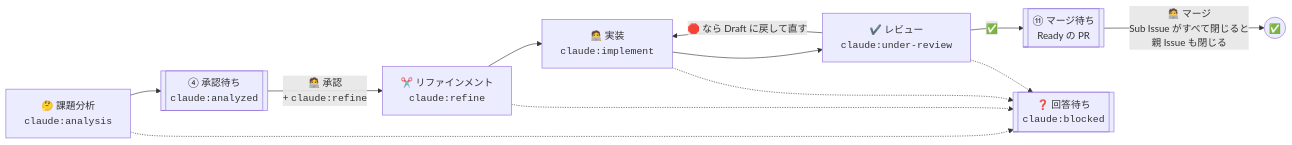
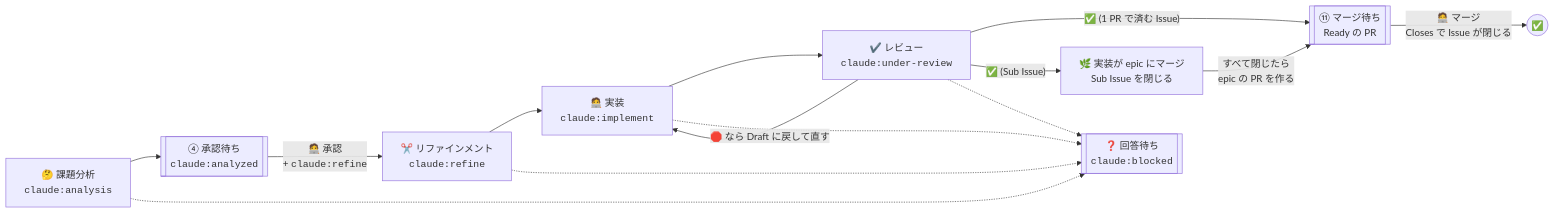
Before and after one commit to theindiehacker/fastship-plugin: the third of 4 diagrams in README.md, drawn with Mermaid. The commit also changed other lines of this file and 10 other files, not shown here.

First line of the commit message:
Sub Issue の PR を epic ブランチにまとめ、成功指標を要件に置き換える

````diff
--- a/README.md
+++ b/README.md
@@ -168,10 +178,12 @@
 ```mermaid
 flowchart LR
     analysis["🤔 課題分析<br/><code>claude:analysis</code>"] --> analyzed[["④ 承認待ち<br/><code>claude:analyzed</code>"]]
     analyzed -->|🧑‍💻 承認<br/>+ <code>claude:refine</code>| refine["✂️ リファインメント<br/><code>claude:refine</code>"]
     refine --> implement["🧑‍💻 実装<br/><code>claude:implement</code>"] --> review["✔️ レビュー<br/><code>claude:under-review</code>"]
-    review -->|✅| merge[["⑪ マージ待ち<br/>Ready の PR"]]
+    review -->|"✅ (1 PR で済む Issue)"| merge[["⑪ マージ待ち<br/>Ready の PR"]]
+    review -->|"✅ (Sub Issue)"| epic["🌿 実装が epic にマージ<br/>Sub Issue を閉じる"]
+    epic -->|"すべて閉じたら<br/>epic の PR を作る"| merge
     review -->|🛑 なら Draft に戻して直す| implement
-    merge -->|🧑‍💻 マージ<br/>Sub Issue がすべて閉じると<br/>親 Issue も閉じる| done(("✅"))
+    merge -->|"🧑‍💻 マージ<br/>Closes で Issue が閉じる"| done(("✅"))
     analysis & refine & implement & review -.-> blocked[["❓ 回答待ち<br/><code>claude:blocked</code>"]]
 ```
````
